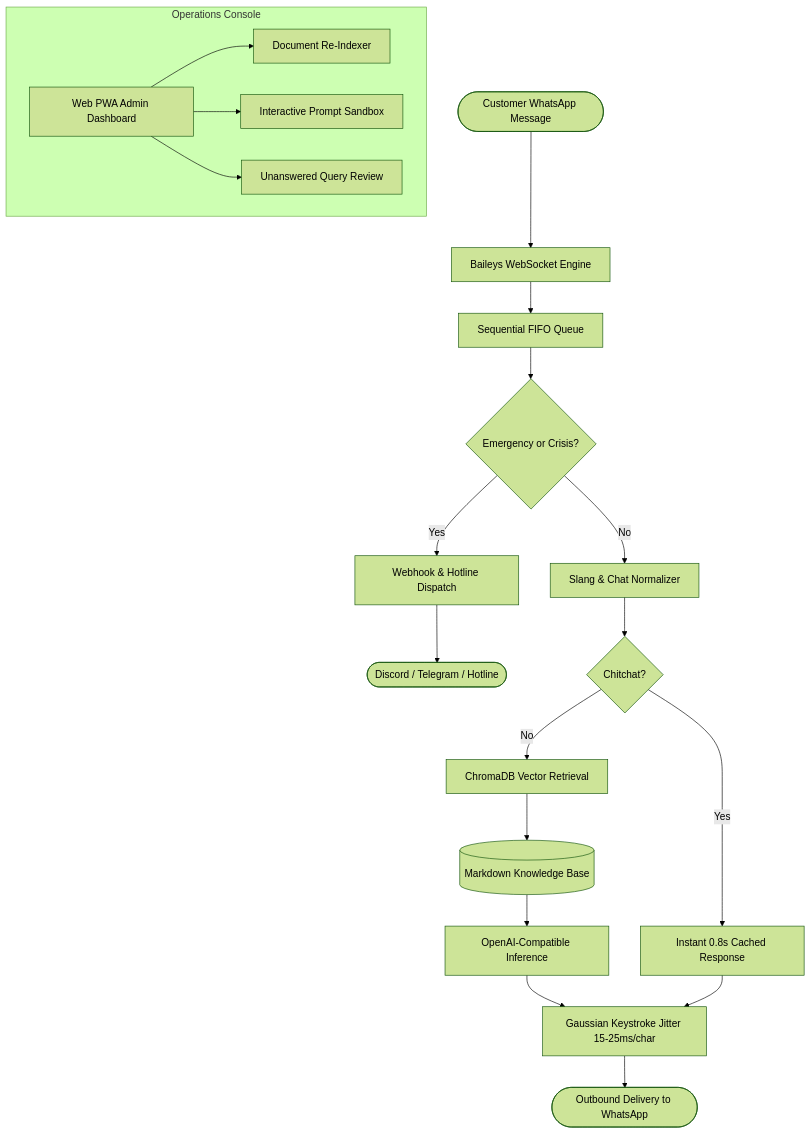
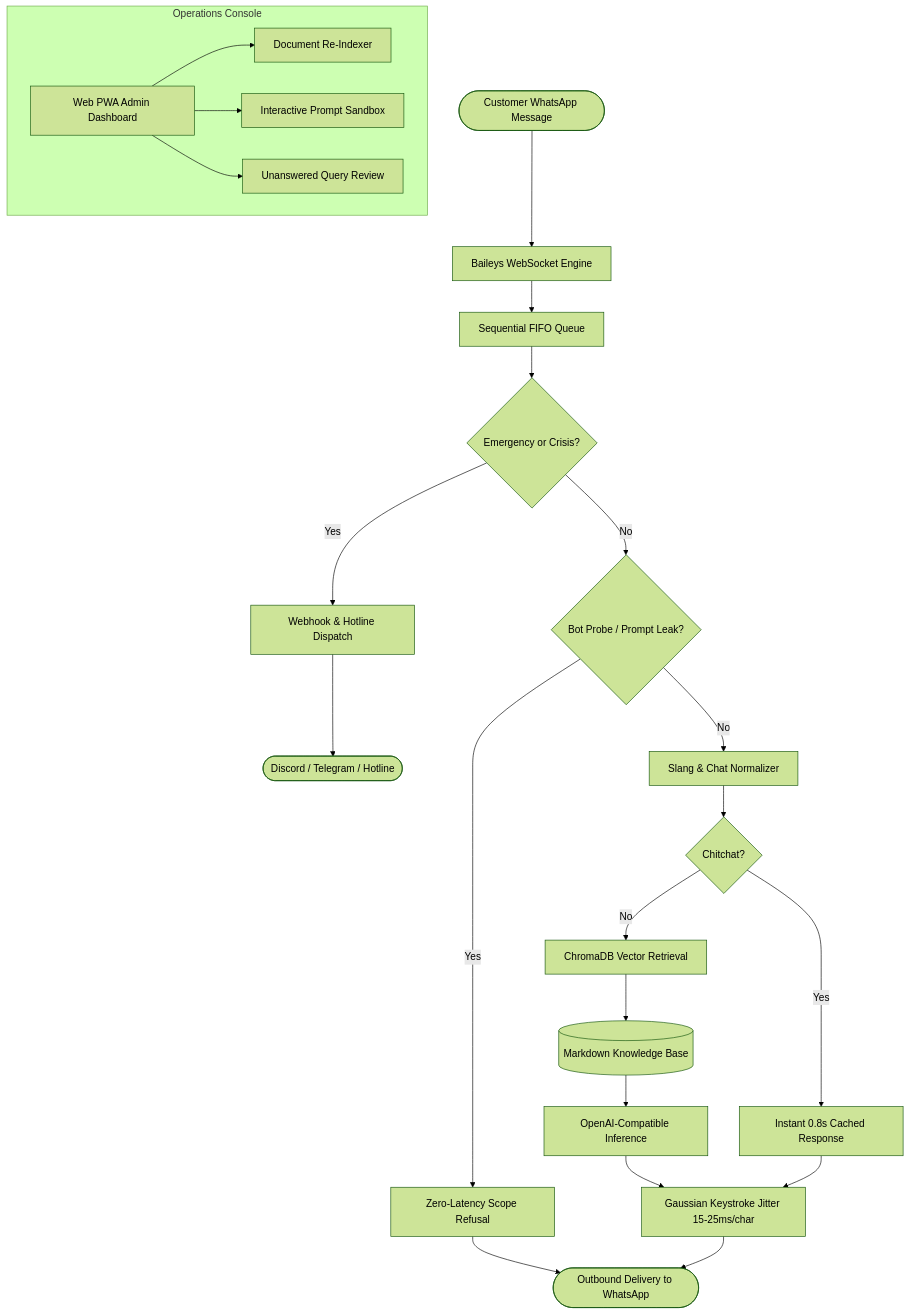
The diagram in README.md (afiqfiles-max/omni-wa-agent), drawn with Mermaid (forest theme) before and after one commit. The commit also changed other lines of this file and 1 other file, not shown here.

Commit message:
docs: document dual-layer bot probe defense & update community distribution kit

````diff
--- a/README.md
+++ b/README.md
@@ -50,27 +51,31 @@
 ```mermaid
 flowchart TD
     Inbound([Customer WhatsApp Message]) --> WA[Baileys WebSocket Engine]
     WA --> FIFO[Sequential FIFO Queue]
     FIFO --> Guard{Emergency or Crisis?}
     
     Guard -->|Yes| Alert[Webhook & Hotline Dispatch]
     Alert --> Hot([Discord / Telegram / Hotline])
     
-    Guard -->|No| Normalizer[Slang & Chat Normalizer]
+    Guard -->|No| ProbeGuard{Bot Probe / Prompt Leak?}
+    ProbeGuard -->|Yes| Refuse[Zero-Latency Scope Refusal]
+    Refuse --> Outbound([Outbound Delivery to WhatsApp])
+    
+    ProbeGuard -->|No| Normalizer[Slang & Chat Normalizer]
     Normalizer --> Chitchat{Chitchat?}
     Chitchat -->|Yes| Instant[Instant 0.8s Cached Response]
     
     Chitchat -->|No| RAG[ChromaDB Vector Retrieval]
     RAG --> Context[(Markdown Knowledge Base)]
     Context --> LLM[OpenAI-Compatible Inference]
     
     LLM --> Jitter[Gaussian Keystroke Jitter 15-25ms/char]
     Instant --> Jitter
-    Jitter --> Outbound([Outbound Delivery to WhatsApp])
+    Jitter --> Outbound
 
     subgraph Operations Console
         Admin[Web PWA Admin Dashboard] --> Ingest[Document Re-Indexer]
         Admin --> Sandbox[Interactive Prompt Sandbox]
         Admin --> AuditLog[Unanswered Query Review]
     end
 ```
````
